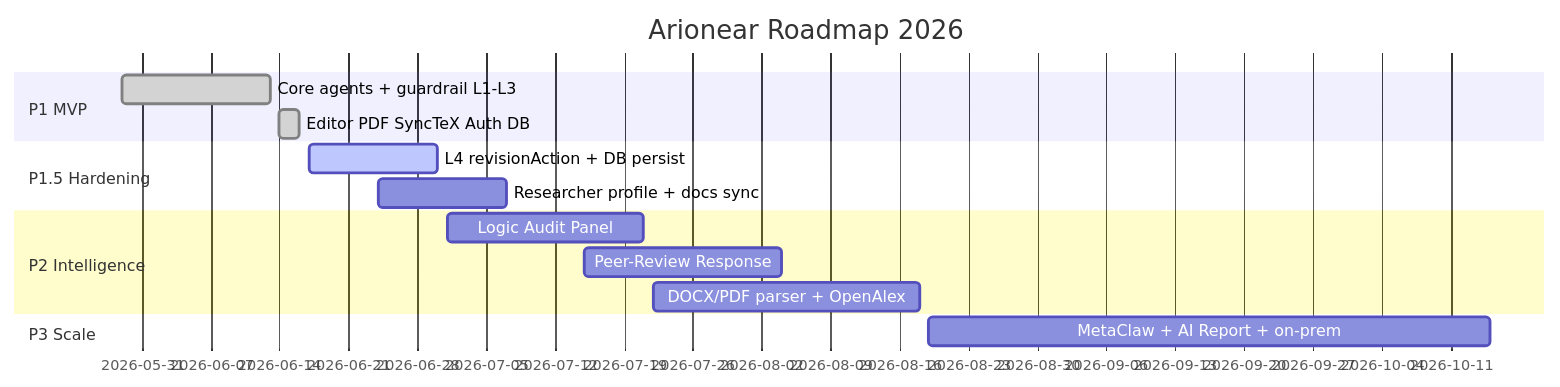
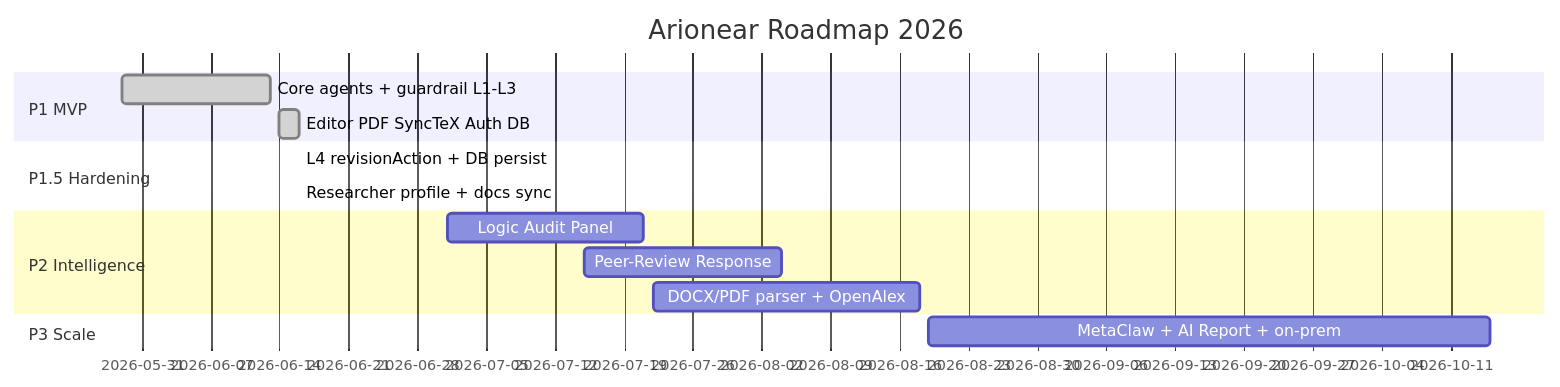
One commit to Tai-TZ/arionear-ai-paper-editor changed the second of 2 diagrams in ROADMAP.md. Above: the diagram before and after it, drawn with Mermaid. The commit also changed other lines of this file and 45 other files, not shown here.

````diff
--- a/ROADMAP.md
+++ b/ROADMAP.md
@@ -290,17 +283,17 @@
 ```mermaid
 gantt
     title Arionear Roadmap 2026
     dateFormat YYYY-MM-DD
     section P1 MVP
     Core agents + guardrail L1-L3     :done, p1, 2026-05-29, 2026-06-13
     Editor PDF SyncTeX Auth DB        :done, p1b, 2026-06-14, 2026-06-16
     section P1.5 Hardening
-    L4 revisionAction + DB persist    :active, p15, 2026-06-17, 2026-06-30
-    Researcher profile + docs sync    :p15b, 2026-06-24, 2026-07-07
+    L4 revisionAction + DB persist    :done, p15, 2026-06-17, 2026-06-16
+    Researcher profile + docs sync    :done, p15b, 2026-06-17, 2026-06-16
     section P2 Intelligence
     Logic Audit Panel                 :p2a, 2026-07-01, 2026-07-21
     Peer-Review Response              :p2b, 2026-07-15, 2026-08-04
     DOCX/PDF parser + OpenAlex        :p2c, 2026-07-22, 2026-08-18
     section P3 Scale
     MetaClaw + AI Report + on-prem    :p3, 2026-08-19, 2026-10-15
 ```
````
